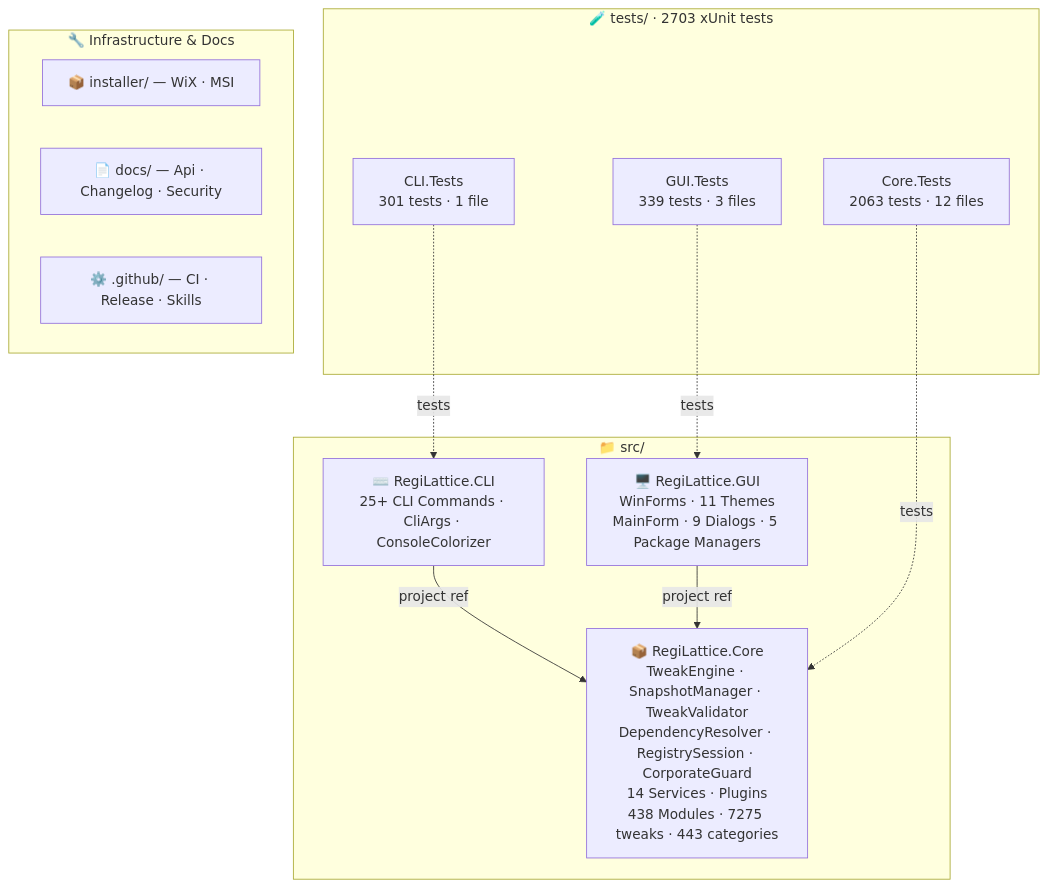
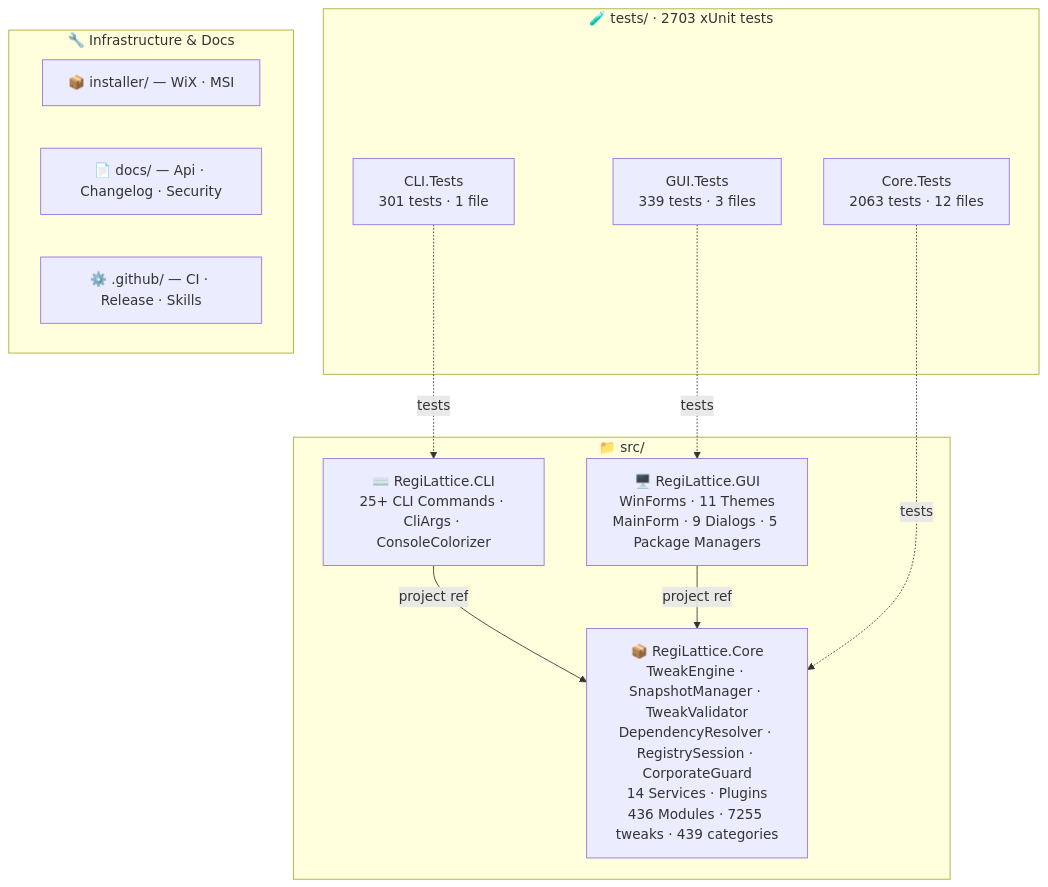
One commit to RajwanYair/RegiLattice changed the second of 2 diagrams in README.md. Above: the diagram before and after it, drawn with Mermaid. The commit also changed other lines of this file and 3 other files, not shown here.

````diff
--- a/README.md
+++ b/README.md
@@ -253,26 +253,26 @@
 ```mermaid
 graph TD
     subgraph SRC["📁 src/"]
-        CORE["📦 RegiLattice.Core<br/>TweakEngine · SnapshotManager · TweakValidator<br/>DependencyResolver · RegistrySession · CorporateGuard<br/>14 Services · Plugins<br/>438 Modules · 7275 tweaks · 443 categories"]
+        CORE["📦 RegiLattice.Core<br/>TweakEngine · SnapshotManager · TweakValidator<br/>DependencyResolver · RegistrySession · CorporateGuard<br/>14 Services · Plugins<br/>436 Modules · 7255 tweaks · 439 categories"]
         GUI["🖥️ RegiLattice.GUI<br/>WinForms · 11 Themes<br/>MainForm · 9 Dialogs · 5 Package Managers"]
         CLI["⌨️ RegiLattice.CLI<br/>25+ CLI Commands · CliArgs · ConsoleColorizer"]
     end
 
     subgraph TST["🧪 tests/  ·  2703 xUnit tests"]
         CT["Core.Tests<br/>2063 tests · 12 files"]
         CLT["CLI.Tests<br/>301 tests · 1 file"]
         GT["GUI.Tests<br/>339 tests · 3 files"]
     end
 
     subgraph INFRA["🔧 Infrastructure & Docs"]
         INST["📦 installer/ — WiX · MSI"]
         DOCS["📄 docs/ — Api · Changelog · Security"]
         GH["⚙️ .github/ — CI · Release · Skills"]
     end
 
     CLI -->|project ref| CORE
     GUI -->|project ref| CORE
     CT -.->|tests| CORE
     CLT -.->|tests| CLI
     GT -.->|tests| GUI
 ```
````
